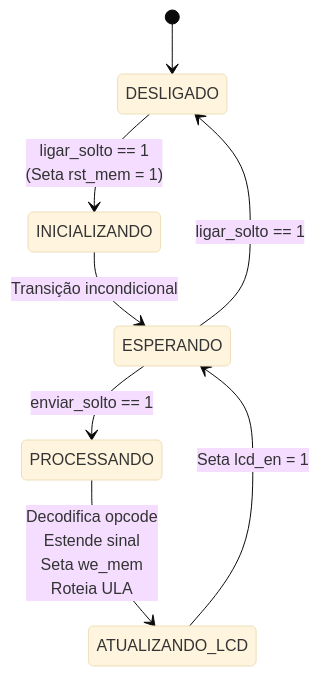
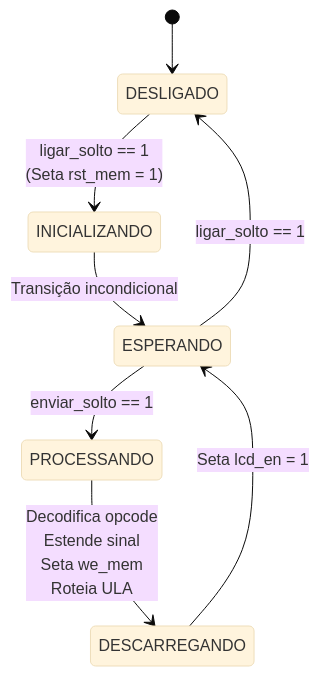
One commit to vini-baumel/mini_cpu changed the first of 3 diagrams in README.md. Above: the diagram before and after it, drawn with Mermaid (base theme). The commit also changed 4 other files, not shown here.

````diff
--- a/README.md
+++ b/README.md
@@ -2,15 +2,15 @@
 ```mermaid
 stateDiagram-v2
     [*] --> DESLIGADO
 
     DESLIGADO --> INICIALIZANDO : ligar_solto == 1<br/>(Seta rst_mem = 1)
     
     INICIALIZANDO --> ESPERANDO : Transição incondicional
 
     ESPERANDO --> DESLIGADO : ligar_solto == 1
     ESPERANDO --> PROCESSANDO : enviar_solto == 1
     
-    PROCESSANDO --> ATUALIZANDO_LCD : Decodifica opcode<br/>Estende sinal<br/>Seta we_mem<br/>Roteia ULA
+    PROCESSANDO --> DESCARREGANDO : Decodifica opcode<br/>Estende sinal<br/>Seta we_mem<br/>Roteia ULA
     
-    ATUALIZANDO_LCD --> ESPERANDO : Seta lcd_en = 1
+    DESCARREGANDO --> ESPERANDO : Seta lcd_en = 1
 ```
````
